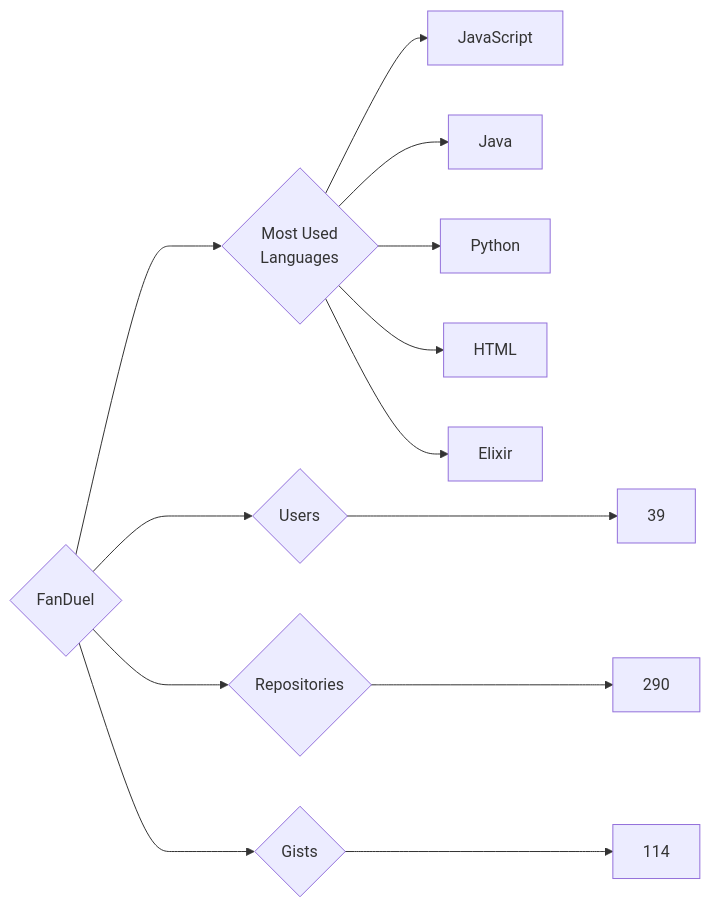
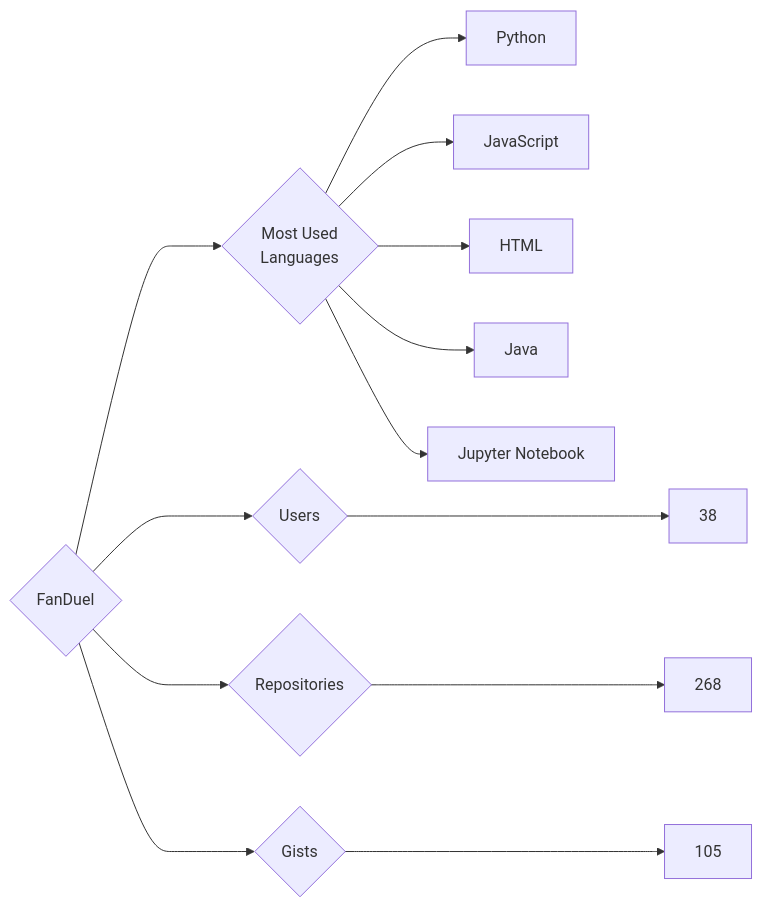
Before and after one commit to trickest/insiders: the diagram in targets/FanDuel/README.md, drawn with Mermaid. The commit also changed 882 other files, not shown here.

````diff
--- a/targets/FanDuel/README.md
+++ b/targets/FanDuel/README.md
@@ -3,13 +3,13 @@
 ```mermaid
 graph LR
 COMPANY_NAME{FanDuel}
-COMPANY_NAME ---> U{Users} ---> UN[39]
-COMPANY_NAME ---> R{Repositories} ---> RN[290]
-COMPANY_NAME ---> G{Gists} ---> GN[114]
+COMPANY_NAME ---> U{Users} ---> UN[38]
+COMPANY_NAME ---> R{Repositories} ---> RN[268]
+COMPANY_NAME ---> G{Gists} ---> GN[105]
 COMPANY_NAME ---> ML{Most Used<br>Languages}
+ML --> Python[Python]
 ML --> JavaScript[JavaScript]
+ML --> HTML[HTML]
 ML --> Java[Java]
-ML --> Python[Python]
-ML --> HTML[HTML]
-ML --> Elixir[Elixir]
+ML --> Jupyter_Notebook[Jupyter Notebook]
 ```
````
